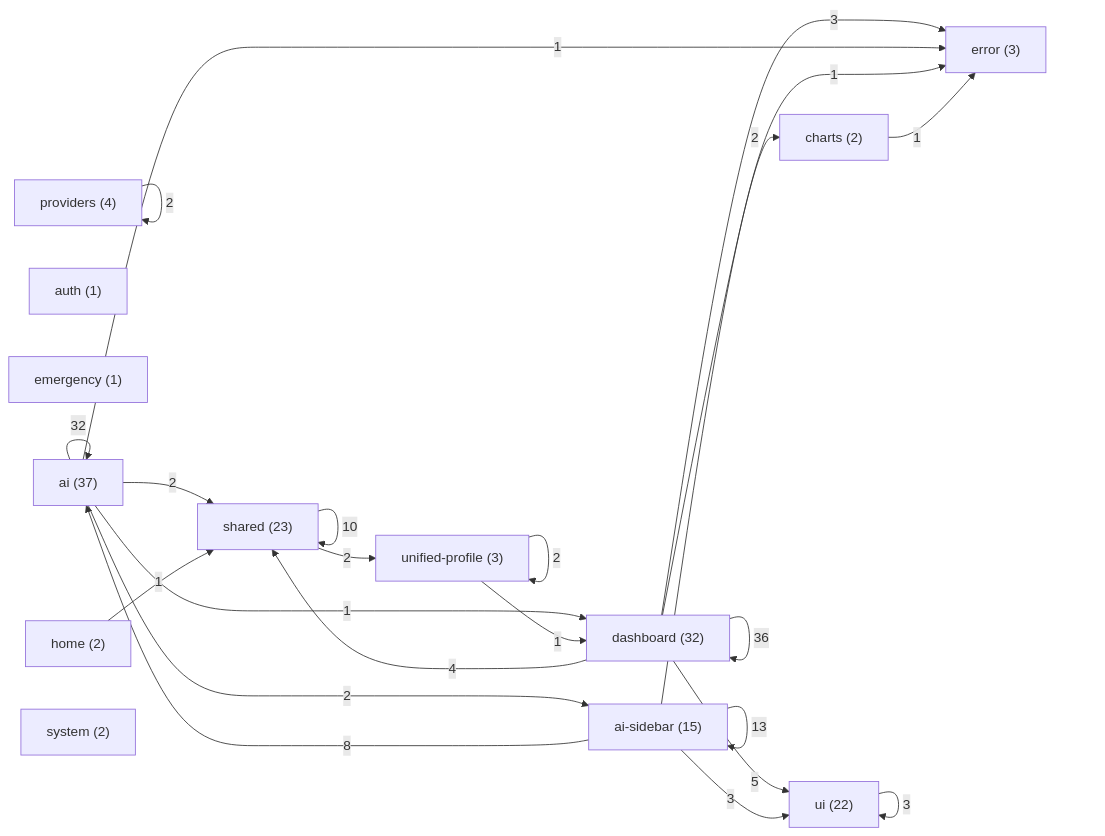
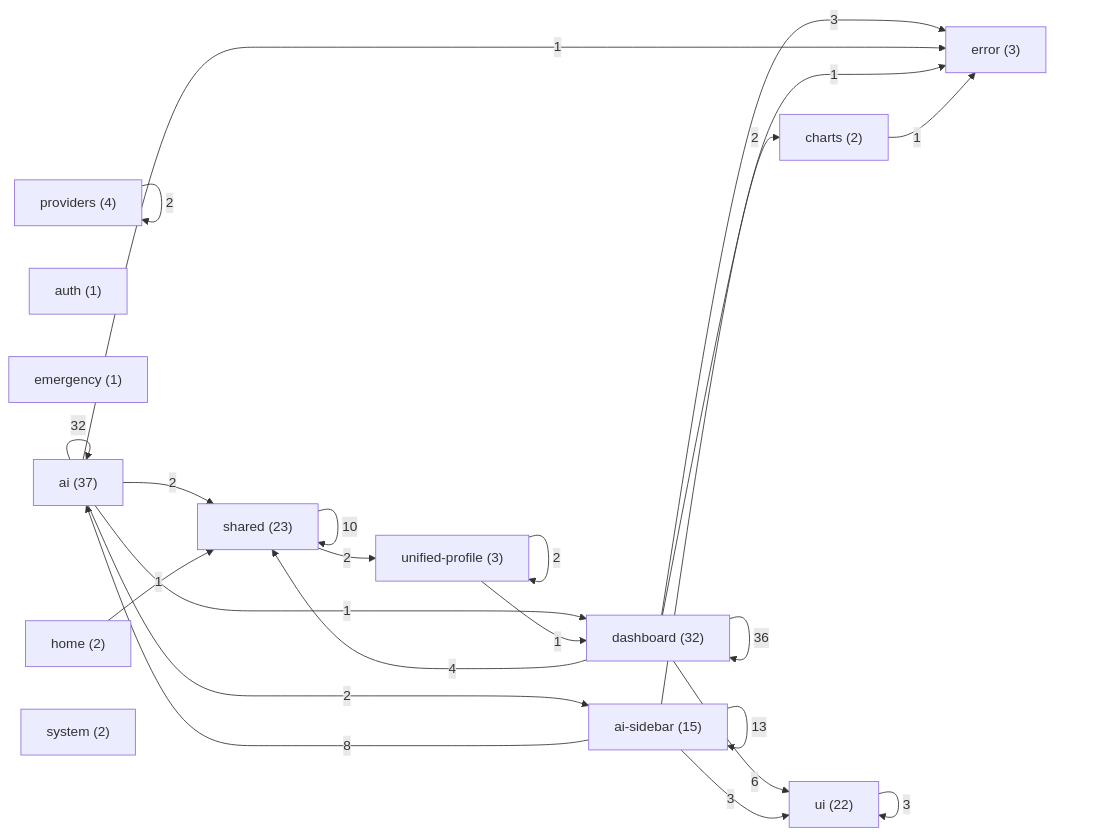
Before and after one commit to skyasu2/openmanager-ai: the diagram in docs/reference/architecture/system/component-dependency-map.md, drawn with Mermaid. The commit also changed other lines of this file and 5 other files, not shown here.

````diff
--- a/docs/reference/architecture/system/component-dependency-map.md
+++ b/docs/reference/architecture/system/component-dependency-map.md
@@ -66,38 +66,38 @@
 ```mermaid
 flowchart LR
   d0["ai (37)"]
   d1["ai-sidebar (15)"]
   d2["auth (1)"]
   d3["charts (2)"]
   d4["dashboard (32)"]
   d5["emergency (1)"]
   d6["error (3)"]
   d7["home (2)"]
   d8["providers (4)"]
   d9["shared (23)"]
   d10["system (2)"]
   d11["ui (22)"]
   d12["unified-profile (3)"]
   d4 -->|36| d4
   d0 -->|32| d0
   d1 -->|13| d1
   d9 -->|10| d9
   d1 -->|8| d0
-  d4 -->|5| d11
+  d4 -->|6| d11
   d4 -->|4| d9
   d1 -->|3| d11
   d4 -->|3| d6
   d11 -->|3| d11
   d0 -->|2| d1
   d0 -->|2| d9
   d4 -->|2| d3
   d8 -->|2| d8
   d9 -->|2| d12
   d12 -->|2| d12
   d0 -->|1| d4
   d0 -->|1| d6
   d1 -->|1| d6
   d3 -->|1| d6
   d7 -->|1| d9
   d12 -->|1| d4
 ```
````
